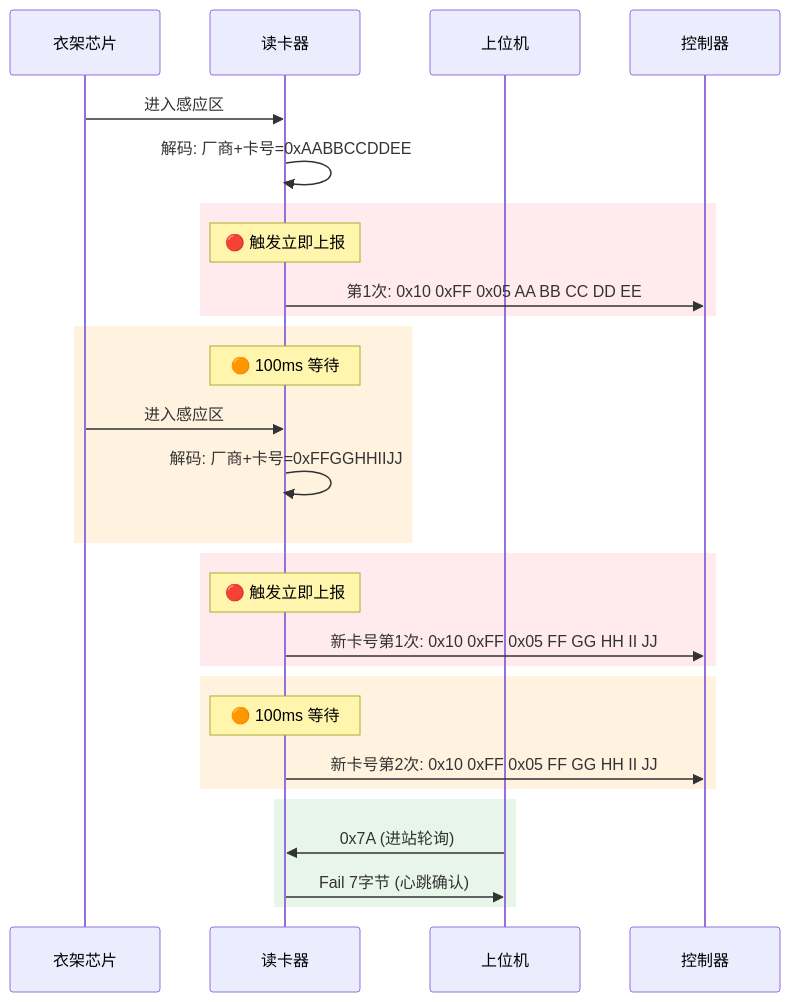
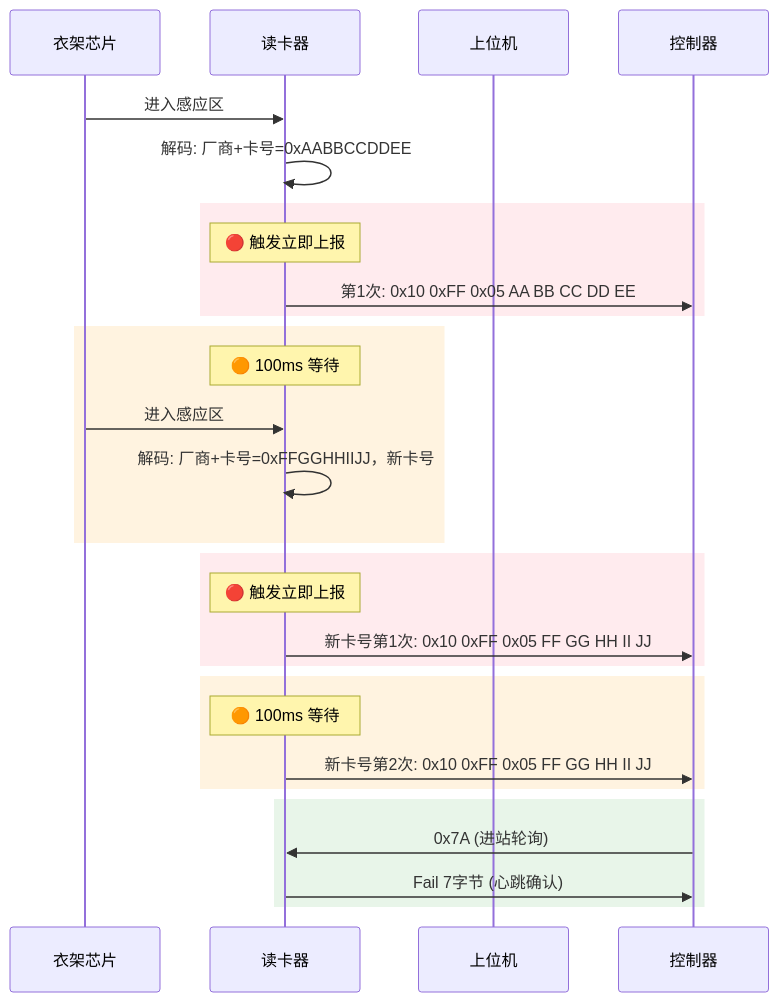
Before and after one commit to Siaiai/ObsidianNote: the second of 2 diagrams in 工作/[[SR3读卡器]]/260804SR3新框架整理.md, drawn with Mermaid. The commit also changed 1 other file, not shown here.

Commit message:
[自动]笔记同步:2026-08-04 12:21:26 涉及文件个数:2
Affected files:
.obsidian/workspace.json
工作/[[SR3读卡器]]/260804SR3新框架整理.md

````diff
--- a/工作/[[SR3读卡器]]/260804SR3新框架整理.md
+++ b/工作/[[SR3读卡器]]/260804SR3新框架整理.md
@@ -94,32 +94,32 @@
 ```mermaid
 sequenceDiagram
     participant 衣架芯片
     participant 读卡器
     participant 上位机
 
     衣架芯片->>读卡器: 进入感应区
     读卡器->>读卡器: 解码: 厂商+卡号=0xAABBCCDDEE
 
     rect rgb(255, 235, 238)
         Note over 读卡器: 🔴 触发立即上报
         读卡器->>控制器: 第1次: 0x10 0xFF 0x05 AA BB CC DD EE
     end
 
     rect rgb(255, 243, 224)
         Note over 读卡器: 🟠 100ms 等待
         衣架芯片->>读卡器: 进入感应区
-	    读卡器->>读卡器: 解码: 厂商+卡号=0xFFGGHHIIJJ
+	    读卡器->>读卡器: 解码: 厂商+卡号=0xFFGGHHIIJJ，新卡号
     end
     rect rgb(255, 235, 238)
         Note over 读卡器: 🔴 触发立即上报
         读卡器->>控制器: 新卡号第1次: 0x10 0xFF 0x05 FF GG HH II JJ
     end
     rect rgb(255, 243, 224)
         Note over 读卡器: 🟠 100ms 等待
         读卡器->>控制器: 新卡号第2次:  0x10 0xFF 0x05 FF GG HH II JJ
     end
     rect rgb(232, 245, 233)
-        上位机->>读卡器: 0x7A (进站轮询)
-        读卡器->>上位机: Fail 7字节 (心跳确认)
+        控制器->>读卡器: 0x7A (进站轮询)
+        读卡器->>控制器: Fail 7字节 (心跳确认)
     end
 ```
````
